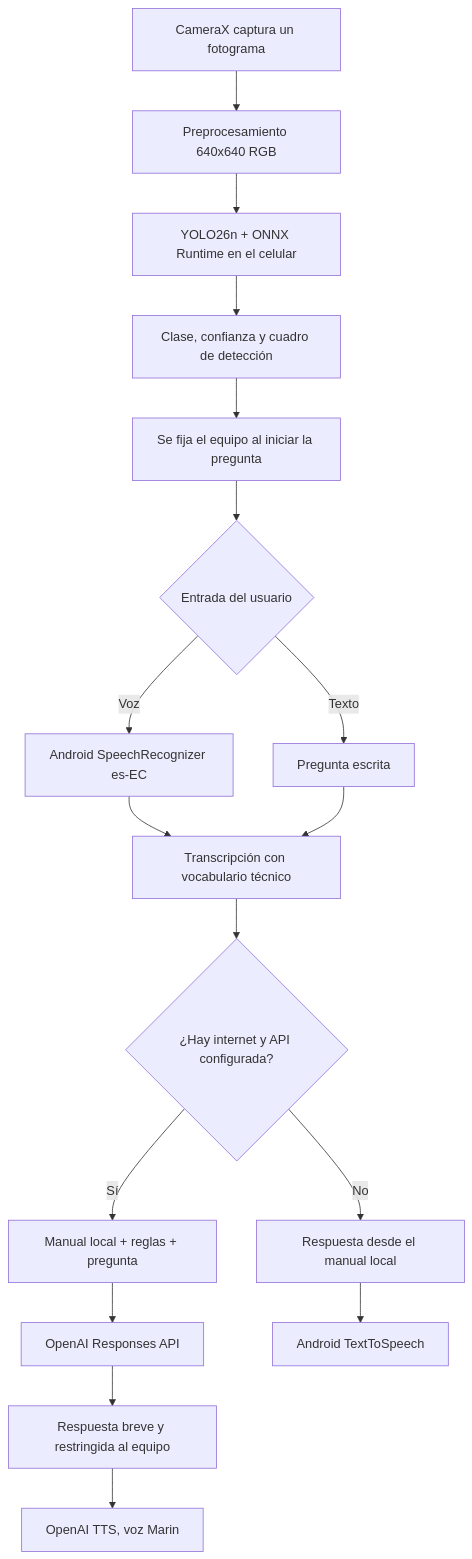
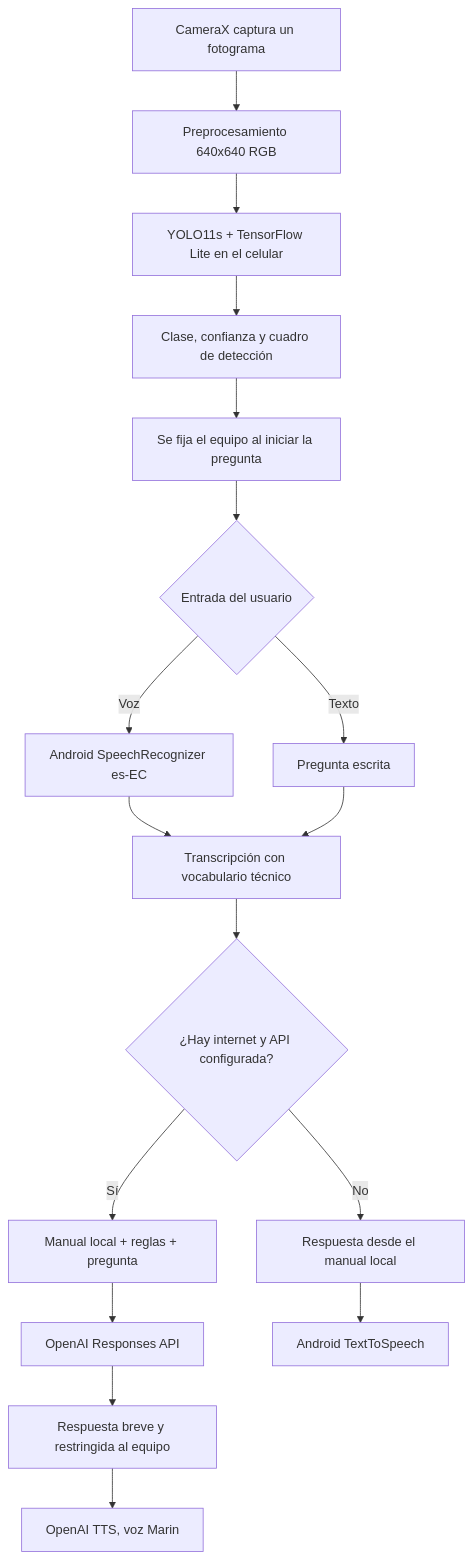
The diagram in README.md (aldairHub/LabDetect), drawn with Mermaid before and after one commit. The commit also changed other lines of this file and 20 other files, not shown here.

````diff
--- a/README.md
+++ b/README.md
@@ -87,19 +94,19 @@
 ```mermaid
 flowchart TD
     A[CameraX captura un fotograma] --> B[Preprocesamiento 640x640 RGB]
-    B --> C[YOLO26n + ONNX Runtime en el celular]
+    B --> C[YOLO11s + TensorFlow Lite en el celular]
     C --> D[Clase, confianza y cuadro de detección]
     D --> E[Se fija el equipo al iniciar la pregunta]
     E --> F{Entrada del usuario}
     F -->|Voz| G[Android SpeechRecognizer es-EC]
     F -->|Texto| H[Pregunta escrita]
     G --> I[Transcripción con vocabulario técnico]
     H --> I
     I --> J{¿Hay internet y API configurada?}
     J -->|Sí| K[Manual local + reglas + pregunta]
     K --> L[OpenAI Responses API]
     L --> M[Respuesta breve y restringida al equipo]
     M --> N[OpenAI TTS, voz Marin]
     J -->|No| O[Respuesta desde el manual local]
     O --> P[Android TextToSpeech]
 ```
````
